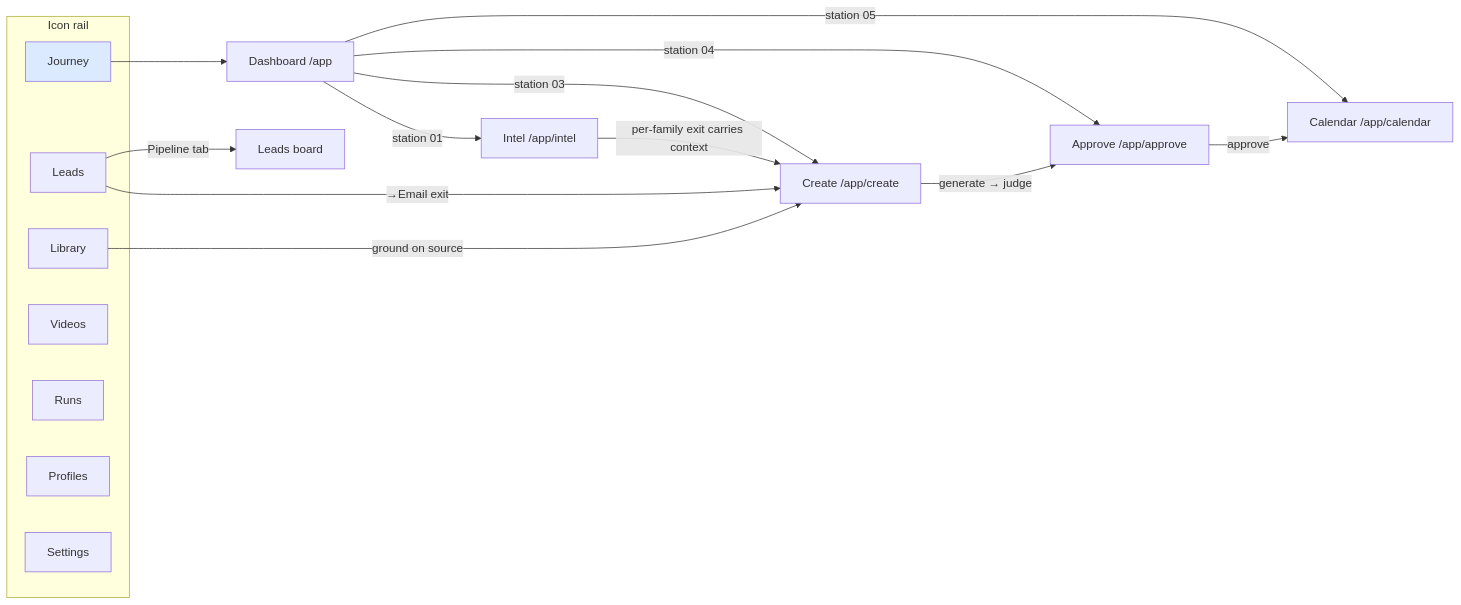
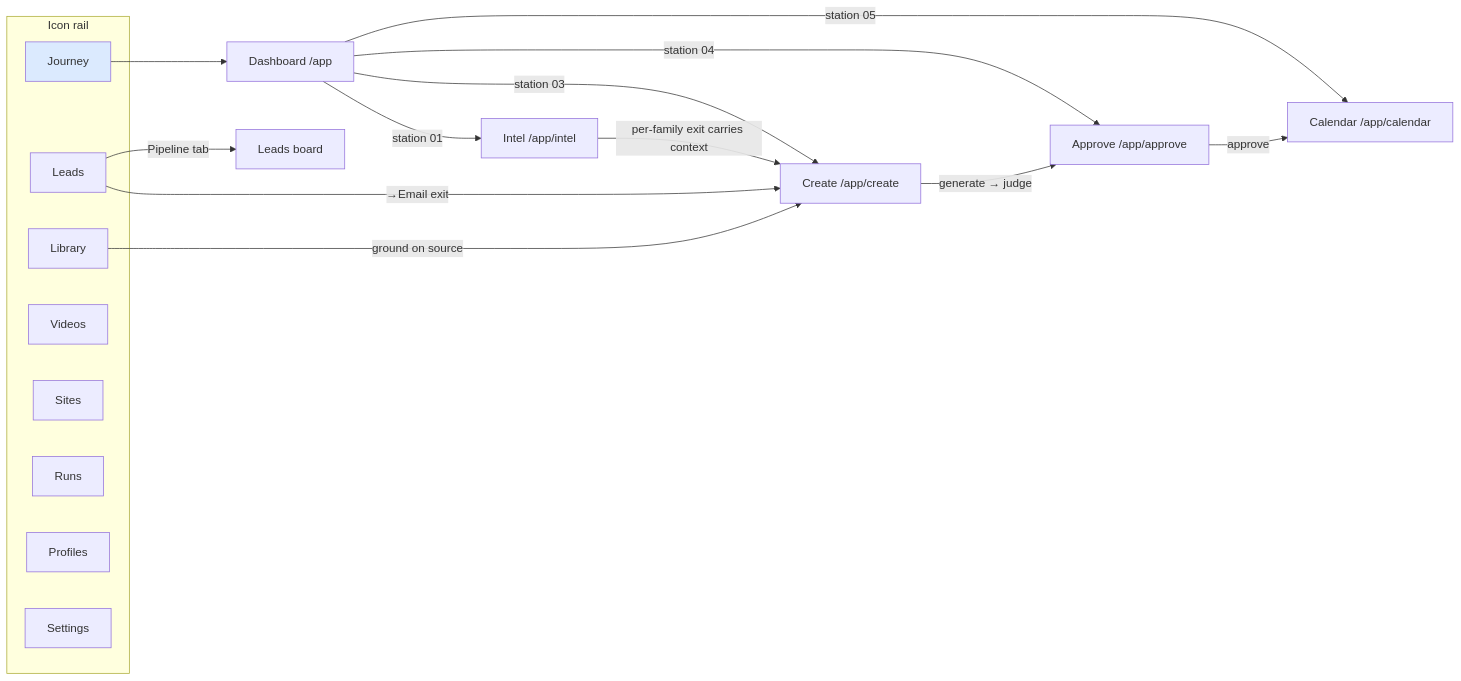
Before and after one commit to steveneam/thalon: the diagram in docs/FEATURE-MAP.md, drawn with Mermaid. The commit also changed other lines of this file and 18 other files, not shown here.

````diff
--- a/docs/FEATURE-MAP.md
+++ b/docs/FEATURE-MAP.md
@@ -16,24 +16,25 @@
 ```mermaid
 flowchart LR
   subgraph rail [Icon rail]
     J[Journey]:::j
     LE[Leads]
     LI[Library]
     VI[Videos]
+    SI[Sites]
     RU[Runs]
     PR[Profiles]
     SE[Settings]
   end
   J --> D[Dashboard /app]
   D -->|station 01| I[Intel /app/intel]
   D -->|station 03| C[Create /app/create]
   D -->|station 04| A[Approve /app/approve]
   D -->|station 05| CAL[Calendar /app/calendar]
   I -->|per-family exit carries context| C
   C -->|generate → judge| A
   A -->|approve| CAL
   LE -->|Pipeline tab| B[Leads board]
   LE -->|→Email exit| C
   LI -->|ground on source| C
   classDef j fill:#dbeafe;
 ```
````
